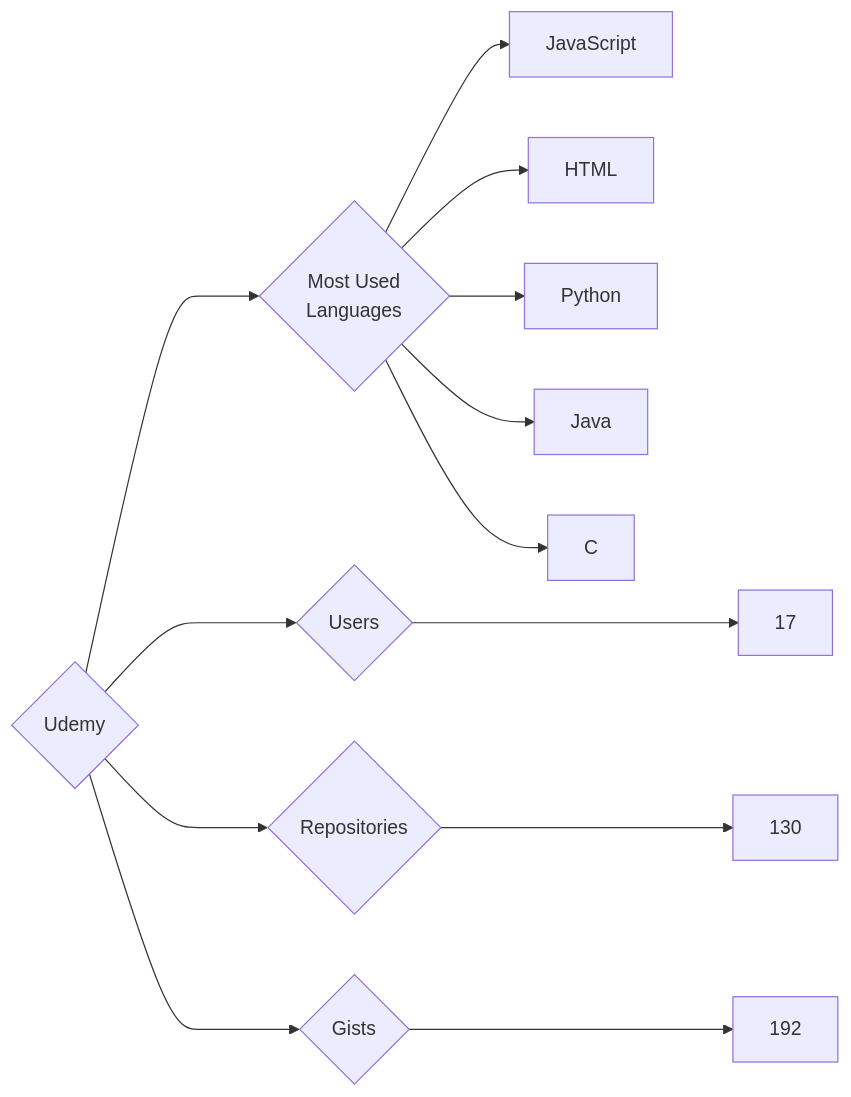
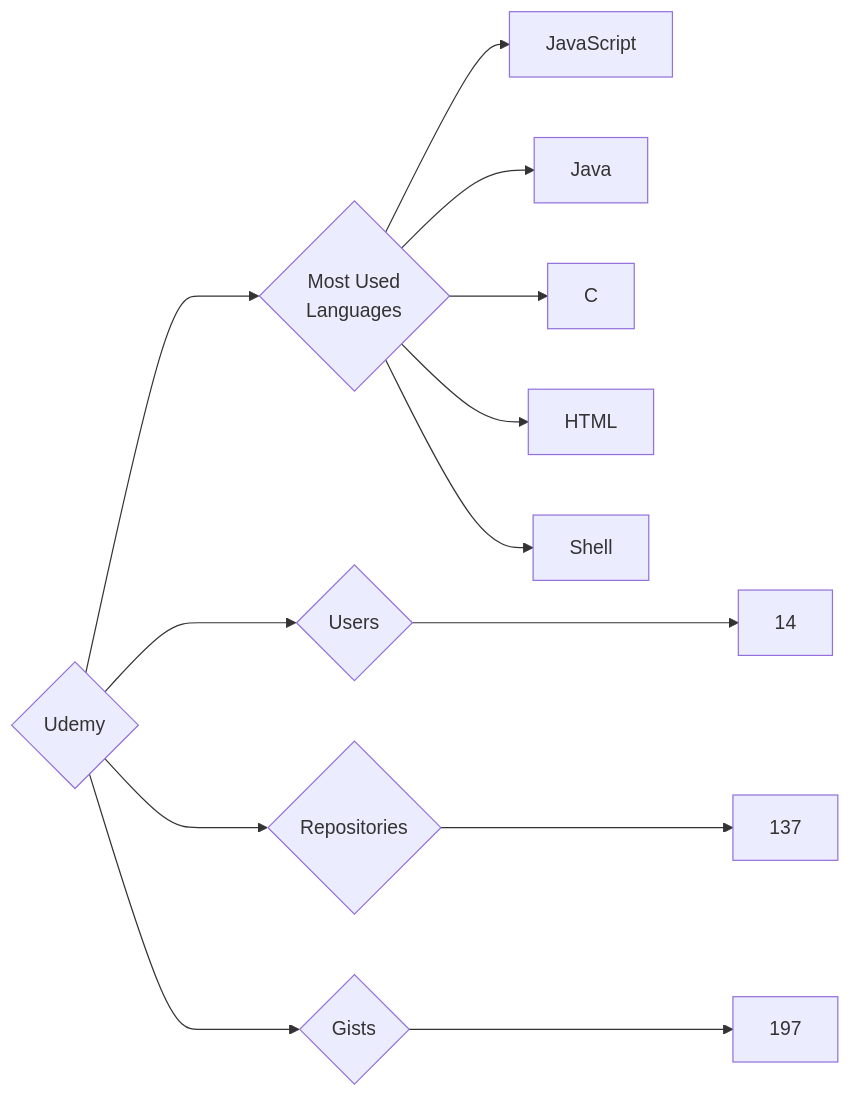
One commit to trickest/insiders changed the diagram in targets/Udemy/README.md. Above: the diagram before and after it, drawn with Mermaid. The commit also changed 1508 other files, not shown here.

````diff
--- a/targets/Udemy/README.md
+++ b/targets/Udemy/README.md
@@ -3,13 +3,13 @@
 ```mermaid
 graph LR
 COMPANY_NAME{Udemy}
-COMPANY_NAME ---> U{Users} ---> UN[17]
-COMPANY_NAME ---> R{Repositories} ---> RN[130]
-COMPANY_NAME ---> G{Gists} ---> GN[192]
+COMPANY_NAME ---> U{Users} ---> UN[14]
+COMPANY_NAME ---> R{Repositories} ---> RN[137]
+COMPANY_NAME ---> G{Gists} ---> GN[197]
 COMPANY_NAME ---> ML{Most Used<br>Languages}
 ML --> JavaScript[JavaScript]
-ML --> HTML[HTML]
-ML --> Python[Python]
 ML --> Java[Java]
 ML --> C[C]
+ML --> HTML[HTML]
+ML --> Shell[Shell]
 ```
````
